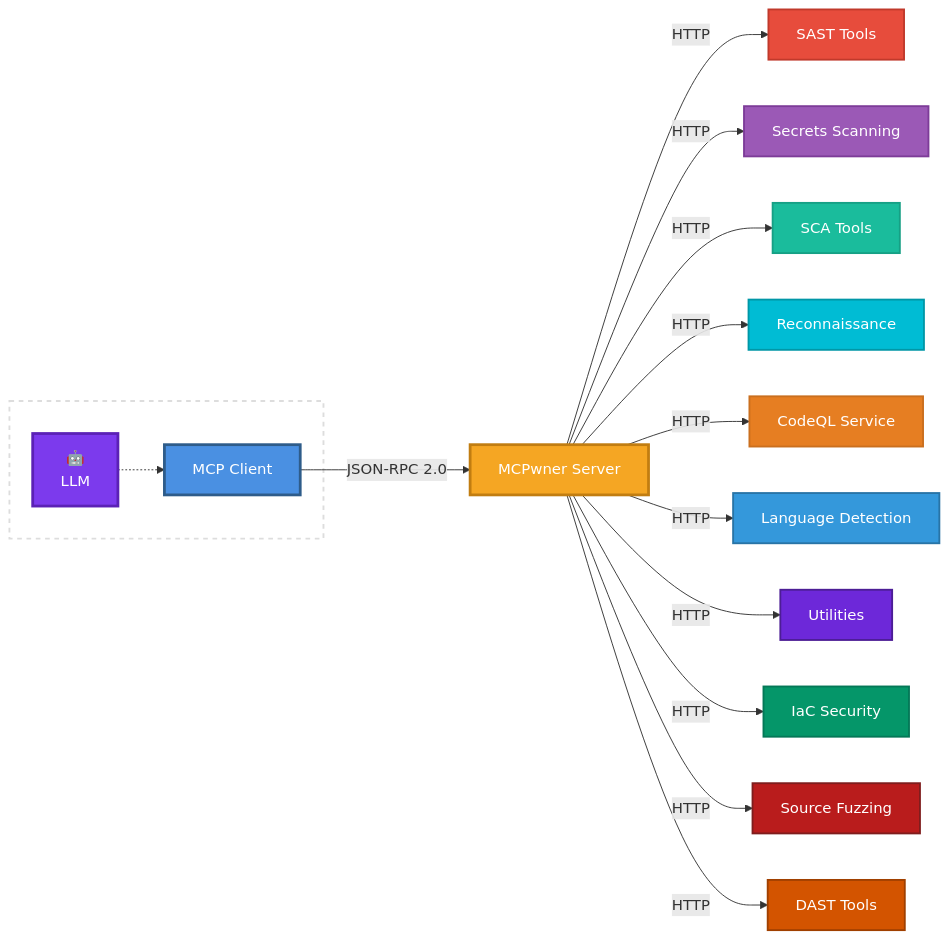
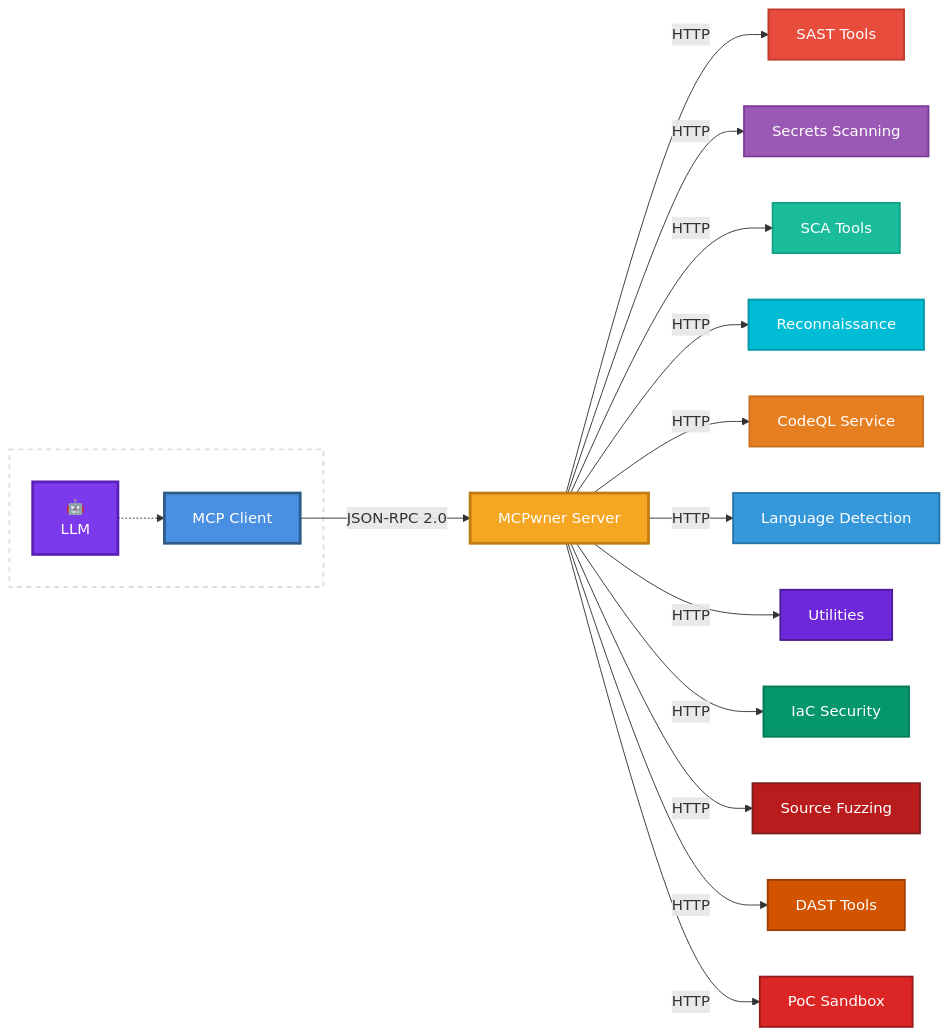
Before and after one commit to Pigyon/MCPwner: the diagram in README.md, drawn with Mermaid. The commit also changed other lines of this file, not shown here.

````diff
--- a/README.md
+++ b/README.md
@@ -309,48 +229,51 @@
 ```mermaid
 graph LR
     subgraph IDE[" "]
         LLM[🤖<br/>LLM]
         Client[MCP Client]
         LLM -.-> Client
     end
 
     Server[MCPwner Server]
 
     SAST[SAST Tools]
     Secrets[Secrets Scanning]
     SCA[SCA Tools]
     Recon[Reconnaissance]
     CodeQL[CodeQL Service]
     Linguist[Language Detection]
     Utilities[Utilities]
     IaC[IaC Security]
     Fuzzing[Source Fuzzing]
     DAST[DAST Tools]
+    PoC[PoC Sandbox]
 
     Client -->|JSON-RPC 2.0| Server
     Server -->|HTTP| SAST
     Server -->|HTTP| Secrets
     Server -->|HTTP| SCA
     Server -->|HTTP| Recon
     Server -->|HTTP| CodeQL
     Server -->|HTTP| Linguist
     Server -->|HTTP| Utilities
     Server -->|HTTP| IaC
     Server -->|HTTP| Fuzzing
     Server -->|HTTP| DAST
+    Server -->|HTTP| PoC
 
     style LLM fill:#7C3AED,stroke:#5B21B6,stroke-width:3px,color:#fff
     style Client fill:#4A90E2,stroke:#2E5C8A,stroke-width:3px,color:#fff
     style Server fill:#F5A623,stroke:#C17D11,stroke-width:3px,color:#fff
     style SAST fill:#E74C3C,stroke:#C0392B,stroke-width:2px,color:#fff
     style Secrets fill:#9B59B6,stroke:#7D3C98,stroke-width:2px,color:#fff
     style SCA fill:#1ABC9C,stroke:#16A085,stroke-width:2px,color:#fff
     style Recon fill:#00BCD4,stroke:#0097A7,stroke-width:2px,color:#fff
     style CodeQL fill:#E67E22,stroke:#CA6F1E,stroke-width:2px,color:#fff
     style Linguist fill:#3498DB,stroke:#2874A6,stroke-width:2px,color:#fff
     style Utilities fill:#6D28D9,stroke:#4C1D95,stroke-width:2px,color:#fff
     style IaC fill:#059669,stroke:#047857,stroke-width:2px,color:#fff
     style Fuzzing fill:#B91C1C,stroke:#7F1D1D,stroke-width:2px,color:#fff
     style DAST fill:#D35400,stroke:#A04000,stroke-width:2px,color:#fff
+    style PoC fill:#DC2626,stroke:#991B1B,stroke-width:2px,color:#fff
     style IDE fill:none,stroke:#ddd,stroke-width:2px,stroke-dasharray: 5 5
 ```
````
